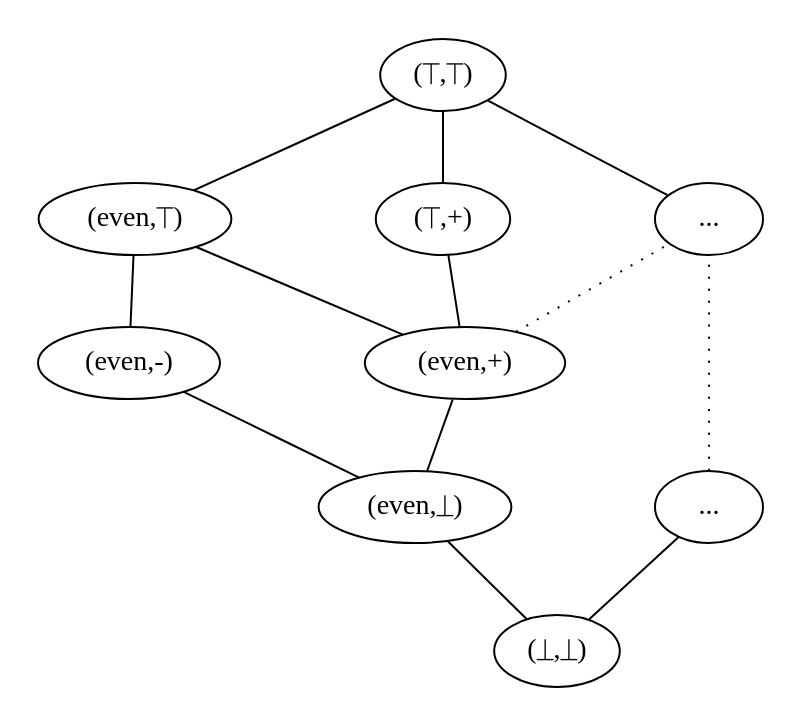
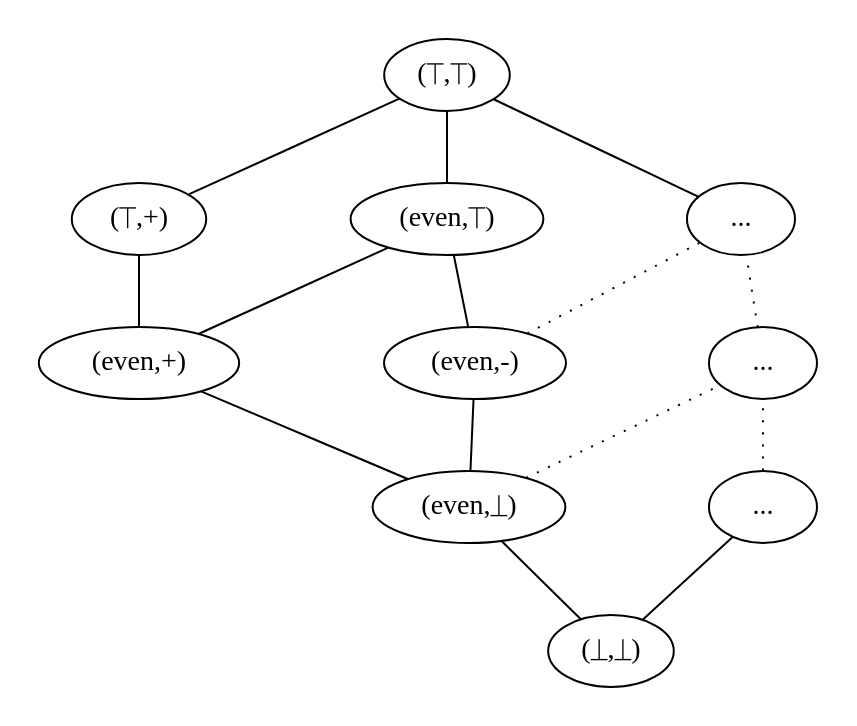
One commit to stg-tud/apsa changed the diagram in 2019/4-DataFlowAnalysis/EvenOddXSign.dot. Above: the diagram before and after it, drawn with Graphviz. The commit also changed 8 other files, not shown here.

```diff
--- a/2019/4-DataFlowAnalysis/EvenOddXSign.dot
+++ b/2019/4-DataFlowAnalysis/EvenOddXSign.dot
@@ -1,37 +1,41 @@
 graph G {
     nodesep=1;
     margin=0;
     rankdir="BT"
 
    subgraph cluster0{
       color=white;
     t;
     b -- eb;
     eb -- ep ;
     eb -- em ;
     em -- et;
     ep -- tp ;
     ep -- et ;
     et -- t;
     tp -- t;
     tdots -- t;
+    mdots -- tdots [style=dotted];
+    bdots -- mdots [style=dotted];
     b -- bdots;
     b;
     b [label="(⏊,⏊)"];
     t [label="(⏉,⏉)"];
     eb [label="(even,⏊)"]
        ep [label="(even,+)"];
        em [label="(even,-)"];
        tp [label="(⏉,+)"];
        et [label="(even,⏉)"];
        tdots [label="...",rank=3];
        bdots [label="..."];
+       mdots [label="..."];
    {rank = same; tdots; tp;}    
    {rank = same; bdots; eb;}    
    }
+eb -- mdots [style=dotted];
+em -- tdots [style=dotted];
 
-ep -- tdots [style=dotted];
-bdots -- tdots [style=dotted];
+
        
    
 }
```
